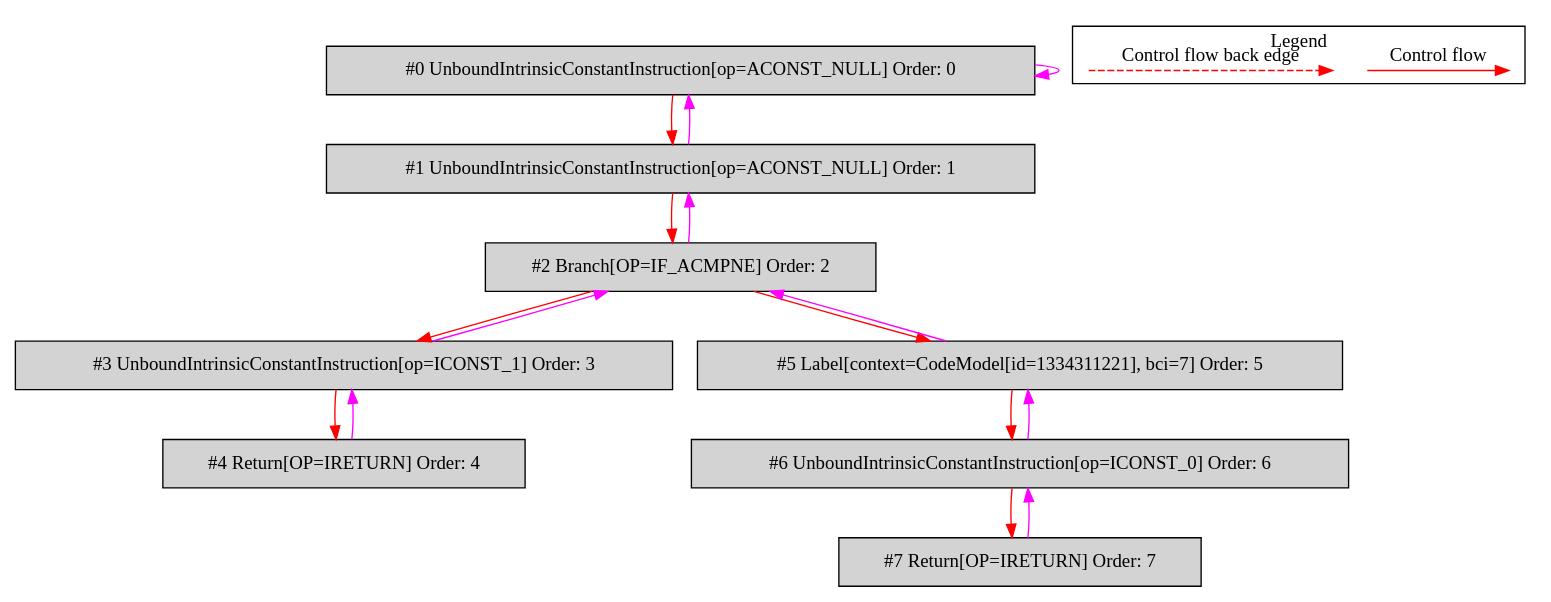
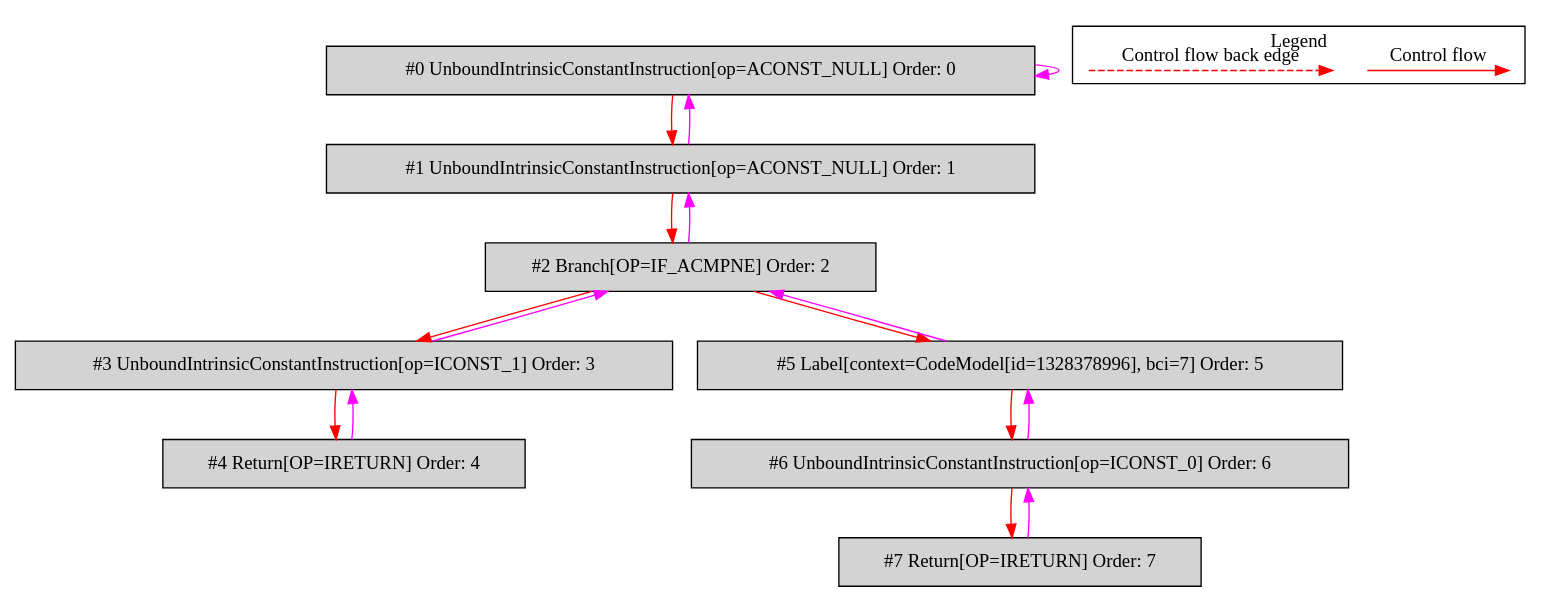
The diagram in de.mirkosertic.metair.ir.OpcodeIFACMPNETest/test_IF_ACMPNE/bytecodecfg.dot (mirkosertic/MetaIR), drawn with Graphviz before and after one commit. The commit also changed 712 other files, not shown here.

```diff
--- a/de.mirkosertic.metair.ir.OpcodeIFACMPNETest/test_IF_ACMPNE/bytecodecfg.dot
+++ b/de.mirkosertic.metair.ir.OpcodeIFACMPNETest/test_IF_ACMPNE/bytecodecfg.dot
@@ -1,40 +1,40 @@
 digraph {
  ordering="in";
  node0[label="#0 UnboundIntrinsicConstantInstruction[op=ACONST_NULL] Order: 0", shape=box, fillcolor=lightgrey, style=filled];
  node1[label="#1 UnboundIntrinsicConstantInstruction[op=ACONST_NULL] Order: 1", shape=box, fillcolor=lightgrey, style=filled];
  node2[label="#2 Branch[OP=IF_ACMPNE] Order: 2", shape=box, fillcolor=lightgrey, style=filled];
  node3[label="#3 UnboundIntrinsicConstantInstruction[op=ICONST_1] Order: 3", shape=box, fillcolor=lightgrey, style=filled];
  node4[label="#4 Return[OP=IRETURN] Order: 4", shape=box, fillcolor=lightgrey, style=filled];
- node5[label="#5 Label[context=CodeModel[id=1334311221], bci=7] Order: 5", shape=box, fillcolor=lightgrey, style=filled];
+ node5[label="#5 Label[context=CodeModel[id=1328378996], bci=7] Order: 5", shape=box, fillcolor=lightgrey, style=filled];
  node6[label="#6 UnboundIntrinsicConstantInstruction[op=ICONST_0] Order: 6", shape=box, fillcolor=lightgrey, style=filled];
  node7[label="#7 Return[OP=IRETURN] Order: 7", shape=box, fillcolor=lightgrey, style=filled];
  node0 -> node0[color=fuchsia];
  node0 -> node1[color=red];
  node1 -> node0[color=fuchsia];
  node1 -> node2[color=red];
  node2 -> node1[color=fuchsia];
  node2 -> node3[color=red];
  node3 -> node2[color=fuchsia];
  node3 -> node4[color=red];
  node4 -> node3[color=fuchsia];
  node2 -> node5[color=red];
  node5 -> node2[color=fuchsia];
  node5 -> node6[color=red];
  node6 -> node5[color=fuchsia];
  node6 -> node7[color=red];
  node7 -> node6[color=fuchsia];
  subgraph cluster_000 {
   label = "Legend";
   node [shape=point]
   {
    rank=same;
    c0 [style = invis];
    c1 [style = invis];
    c2 [style = invis];
    c3 [style = invis];
   }
   c0 -> c1 [label="Control flow", style=solid, color=red]
   c2 -> c3 [label="Control flow back edge", style=dashed, color=red]
  }
 
 }
```
